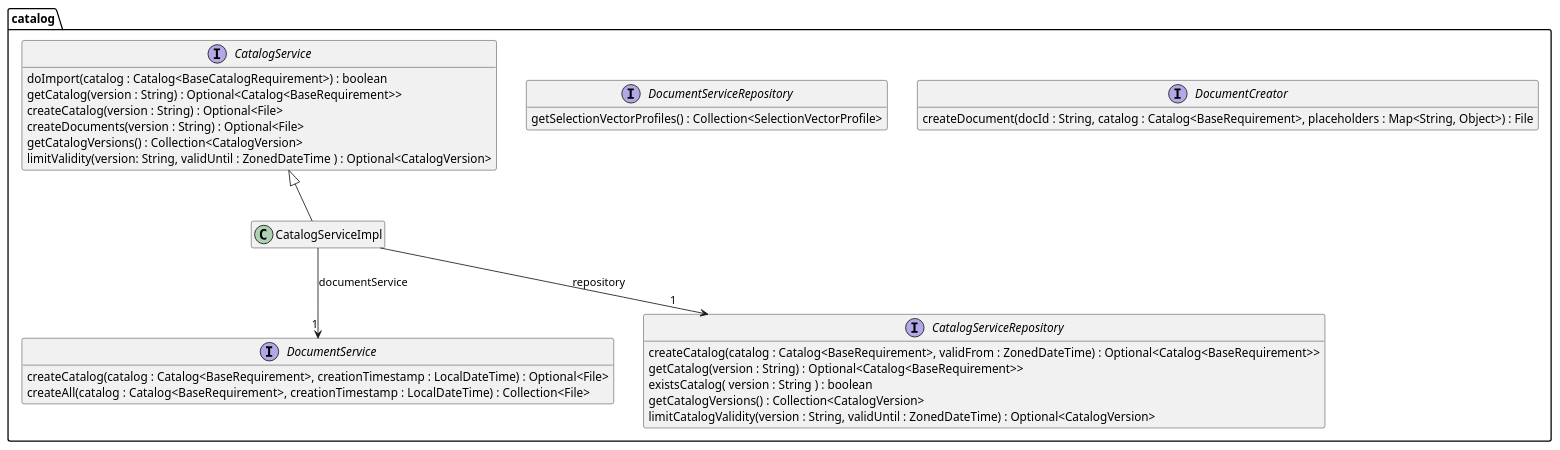
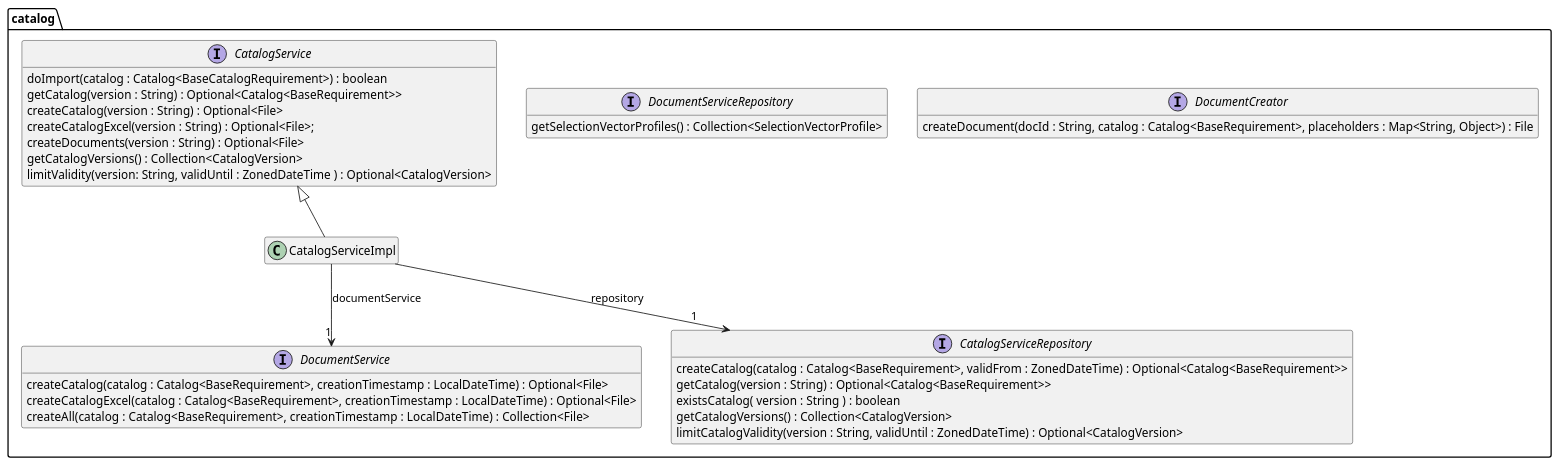
One commit to tailoringexpert/platform changed the diagram in src/site/arc42/plantuml/core/catalog/Ebene3.plantuml. Above: the diagram before and after it, drawn with PlantUML. The commit also changed 33 other files, not shown here.

```diff
--- a/src/site/arc42/plantuml/core/catalog/Ebene3.plantuml
+++ b/src/site/arc42/plantuml/core/catalog/Ebene3.plantuml
@@ -1,43 +1,45 @@
 @startuml Ebene3.png
 hide empty members
 
 package catalog {
 
     interface DocumentCreator {
         createDocument(docId : String, catalog : Catalog<BaseRequirement>, placeholders : Map<String, Object>) : File
     }
 
     interface DocumentService {
         createCatalog(catalog : Catalog<BaseRequirement>, creationTimestamp : LocalDateTime) : Optional<File>
+        createCatalogExcel(catalog : Catalog<BaseRequirement>, creationTimestamp : LocalDateTime) : Optional<File>
         createAll(catalog : Catalog<BaseRequirement>,  creationTimestamp : LocalDateTime) : Collection<File>
     }
 
     interface DocumentServiceRepository {
         getSelectionVectorProfiles() : Collection<SelectionVectorProfile>
     }
 
     interface CatalogService {
         doImport(catalog : Catalog<BaseCatalogRequirement>) : boolean
         getCatalog(version : String) : Optional<Catalog<BaseRequirement>>
         createCatalog(version : String) : Optional<File>
+        createCatalogExcel(version : String) : Optional<File>;
         createDocuments(version : String) : Optional<File>
         getCatalogVersions() : Collection<CatalogVersion>
         limitValidity(version: String, validUntil : ZonedDateTime ) : Optional<CatalogVersion>
     }
 
     interface CatalogServiceRepository {
         createCatalog(catalog : Catalog<BaseRequirement>, validFrom : ZonedDateTime) : Optional<Catalog<BaseRequirement>>
         getCatalog(version : String) : Optional<Catalog<BaseRequirement>>
         existsCatalog( version : String ) : boolean
         getCatalogVersions() : Collection<CatalogVersion>
         limitCatalogValidity(version : String, validUntil : ZonedDateTime) : Optional<CatalogVersion>
     }
 
     class CatalogServiceImpl {
     }
     CatalogService <|-- CatalogServiceImpl
     CatalogServiceImpl --> "1" CatalogServiceRepository : repository
     CatalogServiceImpl --> "1" DocumentService : documentService
 
 }
 @enduml
```
